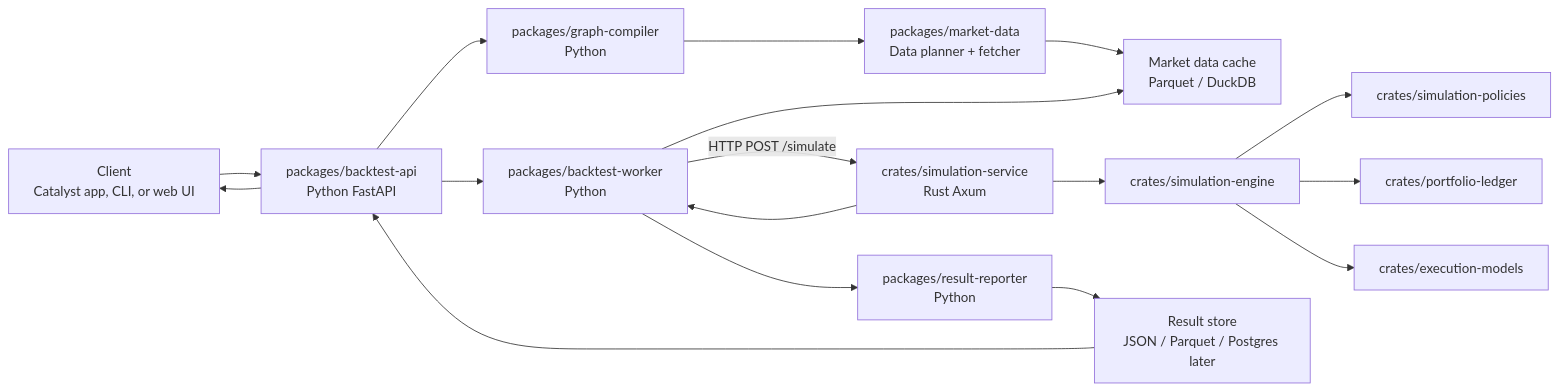
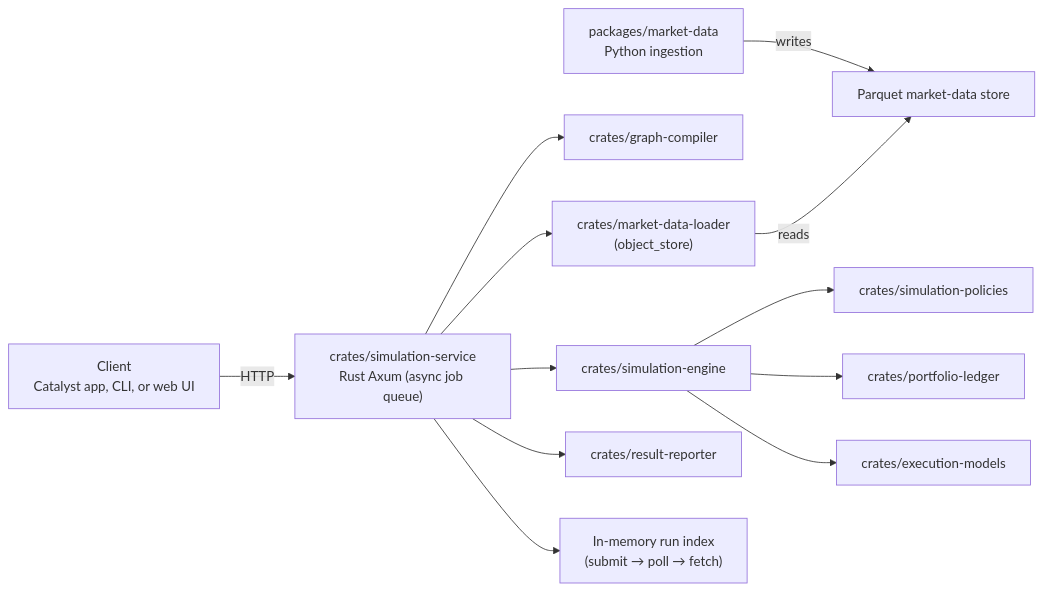
One commit to ftvision/catalyst-backtest changed the second of 3 diagrams in docs/system-design.md. Above: the diagram before and after it, drawn with Mermaid. The commit also changed other lines of this file and 39 other files, not shown here.

First line of the commit message:
Retire Python run-path packages (#43 step 5, closes #43 #28)

````diff
--- a/docs/system-design.md
+++ b/docs/system-design.md
@@ -112,23 +112,15 @@
 ```mermaid
 flowchart LR
-  Client["Client<br/>Catalyst app, CLI, or web UI"] --> API["packages/backtest-api<br/>Python FastAPI"]
+  Client["Client<br/>Catalyst app, CLI, or web UI"] -->|HTTP| SimSvc["crates/simulation-service<br/>Rust Axum (async job queue)"]
+  Ingest["packages/market-data<br/>Python ingestion"] -->|writes| Store["Parquet market-data store"]
 
-  API --> Compiler["packages/graph-compiler<br/>Python"]
-  Compiler --> Planner["packages/market-data<br/>Data planner + fetcher"]
-  Planner --> Cache["Market data cache<br/>Parquet / DuckDB"]
-
-  API --> Worker["packages/backtest-worker<br/>Python"]
-  Worker --> Cache
-  Worker -->|HTTP POST /simulate| SimSvc["crates/simulation-service<br/>Rust Axum"]
-
+  SimSvc --> Compiler["crates/graph-compiler"]
+  SimSvc --> Loader["crates/market-data-loader<br/>(object_store)"]
+  Loader -->|reads| Store
   SimSvc --> Engine["crates/simulation-engine"]
   Engine --> Policy["crates/simulation-policies"]
   Engine --> Ledger["crates/portfolio-ledger"]
   Engine --> Exec["crates/execution-models"]
-
-  SimSvc --> Worker
-  Worker --> Reporter["packages/result-reporter<br/>Python"]
-  Reporter --> Store["Result store<br/>JSON / Parquet / Postgres later"]
-  Store --> API
-  API --> Client
+  SimSvc --> Reporter["crates/result-reporter"]
+  SimSvc --> Runs["In-memory run index<br/>(submit → poll → fetch)"]
 ```
````
